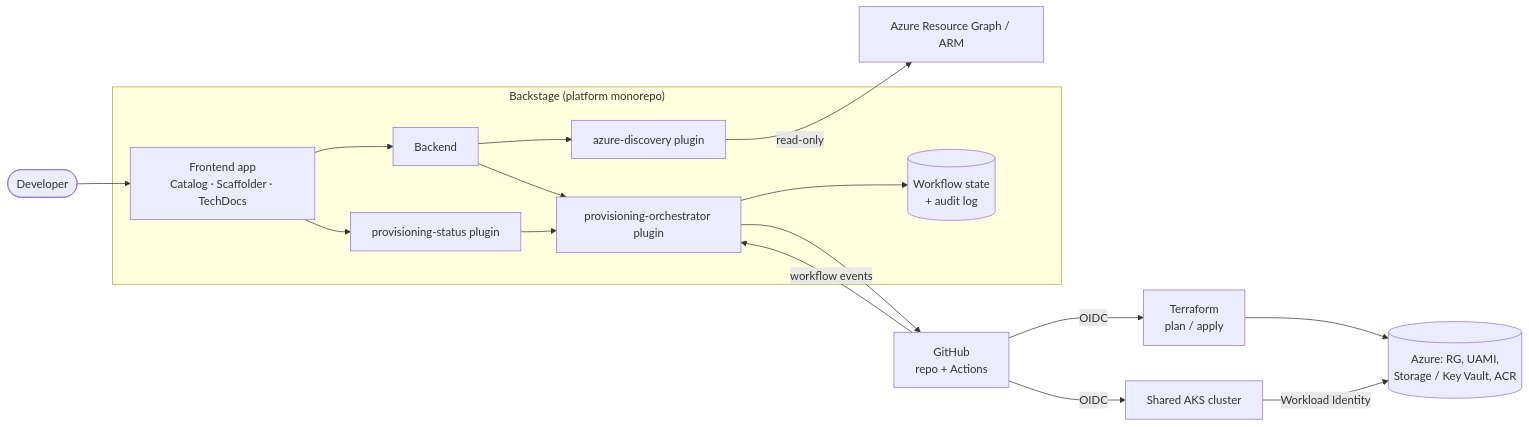
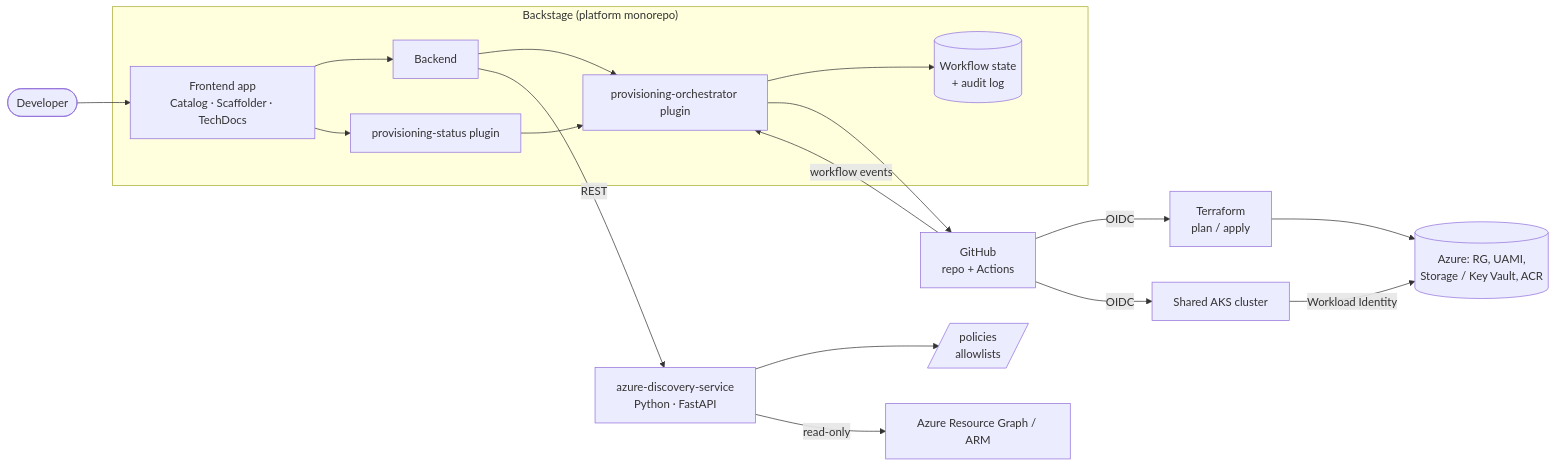
Before and after one commit to nixvarghese01/azure-backstage-goldenpath: the first of 2 diagrams in README.md, drawn with Mermaid. The commit also changed other lines of this file, not shown here.

First line of the commit message:
docs: move Azure discovery to a Python FastAPI service

````diff
--- a/README.md
+++ b/README.md
@@ -65,22 +65,23 @@
 ```mermaid
 flowchart LR
     Dev([Developer]) --> Portal
 
     subgraph Backstage["Backstage (platform monorepo)"]
         Portal[Frontend app<br/>Catalog · Scaffolder · TechDocs]
         Portal --> API[Backend]
-        API --> Disc[azure-discovery plugin]
         API --> Orch[provisioning-orchestrator plugin]
         Orch --> DB[(Workflow state<br/>+ audit log)]
         Portal --> Status[provisioning-status plugin]
         Status --> Orch
     end
 
+    API -- REST --> Disc[azure-discovery-service<br/>Python · FastAPI]
+    Disc --> Policy[/policies<br/>allowlists/]
     Disc -- read-only --> ARG[Azure Resource Graph / ARM]
     Orch --> GH[GitHub<br/>repo + Actions]
     GH -- OIDC --> TF[Terraform<br/>plan / apply]
     TF --> Azure[(Azure: RG, UAMI,<br/>Storage / Key Vault, ACR)]
     GH -- OIDC --> AKS[Shared AKS cluster]
     GH -- workflow events --> Orch
     AKS -- Workload Identity --> Azure
 ```
````
